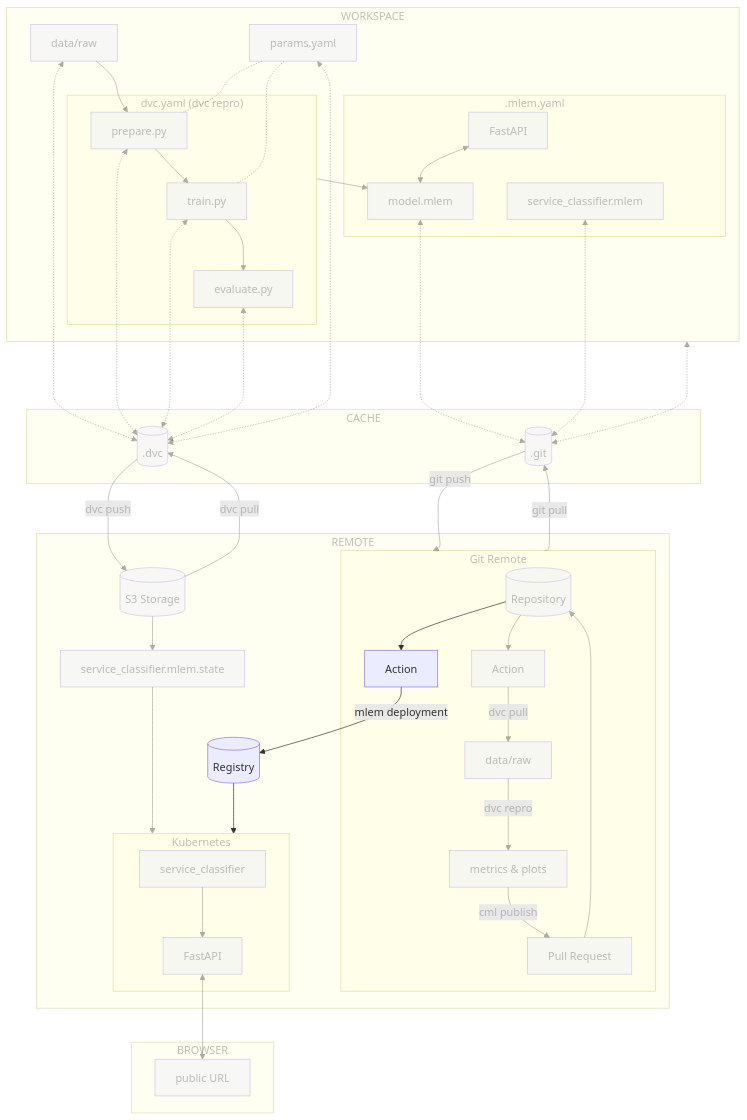
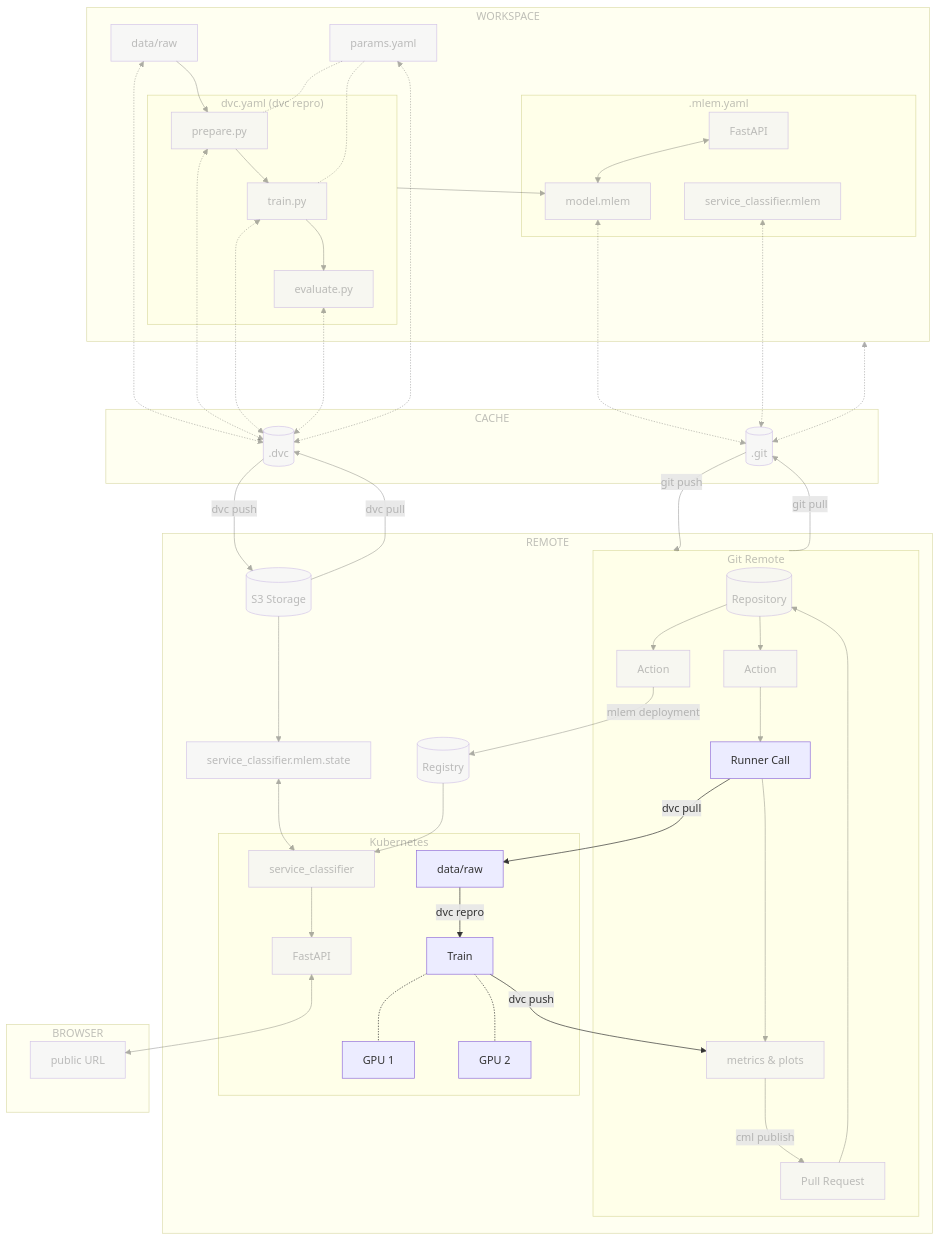
One commit to swiss-ai-center/a-guide-to-mlops changed the diagram in docs/part-3-serve-and-deploy-the-model/chapter-15-train-the-model-on-a-kubernetes-pod-with-cml.md. Above: the diagram before and after it, drawn with Mermaid.

Commit message:
Add self-hosted runner in mermanid graph

````diff
--- a/docs/part-3-serve-and-deploy-the-model/chapter-15-train-the-model-on-a-kubernetes-pod-with-cml.md
+++ b/docs/part-3-serve-and-deploy-the-model/chapter-15-train-the-model-on-a-kubernetes-pod-with-cml.md
@@ -33,18 +33,18 @@
 ```mermaid
 flowchart TB
-        dot_dvc[(.dvc)] -->|dvc push| s3_storage[(S3 Storage)]
-        s3_storage -->|dvc pull| dot_dvc
-        dot_git[(.git)] -->|git push| gitGraph[Git Remote]
-        gitGraph -->|git pull| dot_git
-        workspaceGraph <-....-> dot_git
-        data[data/raw] <-.-> dot_dvc
-        subgraph remoteGraph[REMOTE]
+    dot_dvc[(.dvc)] -->|dvc push| s3_storage[(S3 Storage)]
+    s3_storage -->|dvc pull| dot_dvc
+    dot_git[(.git)] -->|git push| gitGraph[Git Remote]
+    gitGraph -->|git pull| dot_git
+    workspaceGraph <-....-> dot_git
+    data[data/raw] <-.-> dot_dvc
+    subgraph remoteGraph[REMOTE]
         s3_storage
         subgraph gitGraph[Git Remote]
             repository[(Repository)] --> action[Action]
-            action -->|dvc pull| action_data[data/raw]
-            action_data -->|dvc repro| action_out[metrics & plots]
-            action_out -->|cml publish| pr[Pull Request]
+            action --> action_runner[Runner Call]
+            action_runner --> action_out[metrics & plots]
+            action_out[metrics & plots] -->|cml publish| pr[Pull Request]
             pr --> repository
             repository --> action_deploy
         end
@@ -52,10 +52,15 @@
         subgraph clusterGraph[Kubernetes]
            service_mlem_cluster[service_classifier]
            service_mlem_cluster --> k8s_fastapi[FastAPI]
+           action_data[data/raw] -->|dvc repro| action_train[Train]
+           action_train -.- k8s_gpu1[GPU 1]
+           action_train -.- k8s_gpu2[GPU 2]
         end
-       s3_storage --> service_mlem_cluster_state[service_classifier.mlem.state]
-       service_mlem_cluster_state --> clusterGraph
-       registry --> clusterGraph
+        action_runner -->|dvc pull| action_data
+        action_train -->|dvc push| action_out
+        s3_storage --> service_mlem_cluster_state[service_classifier.mlem.state]
+        service_mlem_cluster_state <--> service_mlem_cluster
+        registry --> service_mlem_cluster
     end
     subgraph cacheGraph[CACHE]
         dot_dvc
@@ -99,8 +104,8 @@
     style s3_storage opacity:0.4,color:#7f7f7f80
     style repository opacity:0.4,color:#7f7f7f80
     style action opacity:0.4,color:#7f7f7f80
-    style action_data opacity:0.4,color:#7f7f7f80
     style action_out opacity:0.4,color:#7f7f7f80
+    style action_deploy opacity:0.4,color:#7f7f7f80
     style remoteGraph opacity:0.4,color:#7f7f7f80
     style gitGraph opacity:0.4,color:#7f7f7f80
     style mlem opacity:0.4,color:#7f7f7f80
@@ -113,6 +118,7 @@
     style k8s_fastapi opacity:0.4,color:#7f7f7f80
     style browserGraph opacity:0.4,color:#7f7f7f80
     style publicURL opacity:0.4,color:#7f7f7f80
+    style registry opacity:0.4,color:#7f7f7f80
     linkStyle 0 opacity:0.4,color:#7f7f7f80
     linkStyle 1 opacity:0.4,color:#7f7f7f80
     linkStyle 2 opacity:0.4,color:#7f7f7f80
@@ -124,11 +130,9 @@
     linkStyle 8 opacity:0.4,color:#7f7f7f80
     linkStyle 9 opacity:0.4,color:#7f7f7f80
     linkStyle 10 opacity:0.4,color:#7f7f7f80
+    linkStyle 11 opacity:0.4,color:#7f7f7f80
+    linkStyle 12 opacity:0.4,color:#7f7f7f80
     linkStyle 13 opacity:0.4,color:#7f7f7f80
-    linkStyle 14 opacity:0.4,color:#7f7f7f80
-    linkStyle 15 opacity:0.4,color:#7f7f7f80
-    linkStyle 17 opacity:0.4,color:#7f7f7f80
-    linkStyle 18 opacity:0.4,color:#7f7f7f80
     linkStyle 19 opacity:0.4,color:#7f7f7f80
     linkStyle 20 opacity:0.4,color:#7f7f7f80
     linkStyle 21 opacity:0.4,color:#7f7f7f80
@@ -141,4 +145,9 @@
     linkStyle 28 opacity:0.4,color:#7f7f7f80
     linkStyle 29 opacity:0.4,color:#7f7f7f80
     linkStyle 30 opacity:0.4,color:#7f7f7f80
+    linkStyle 31 opacity:0.4,color:#7f7f7f80
+    linkStyle 32 opacity:0.4,color:#7f7f7f80
+    linkStyle 33 opacity:0.4,color:#7f7f7f80
+    linkStyle 34 opacity:0.4,color:#7f7f7f80
+    linkStyle 35 opacity:0.4,color:#7f7f7f80
 ```
````
